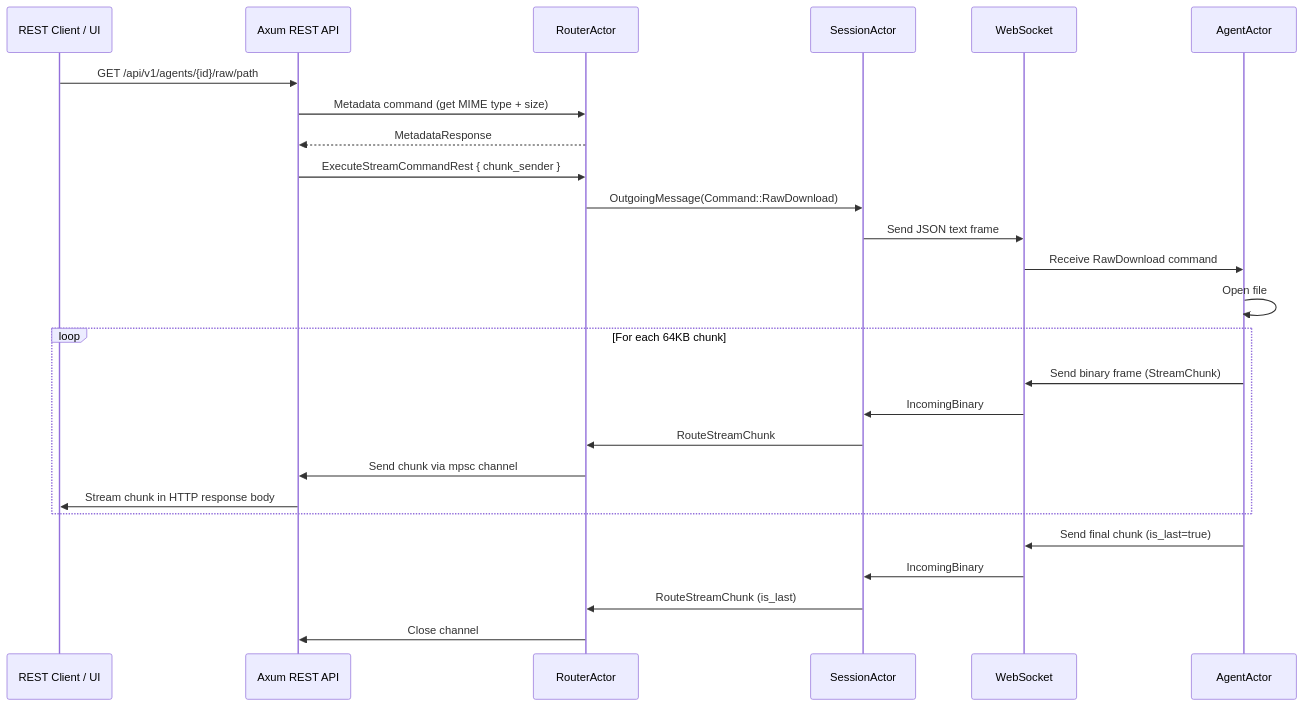
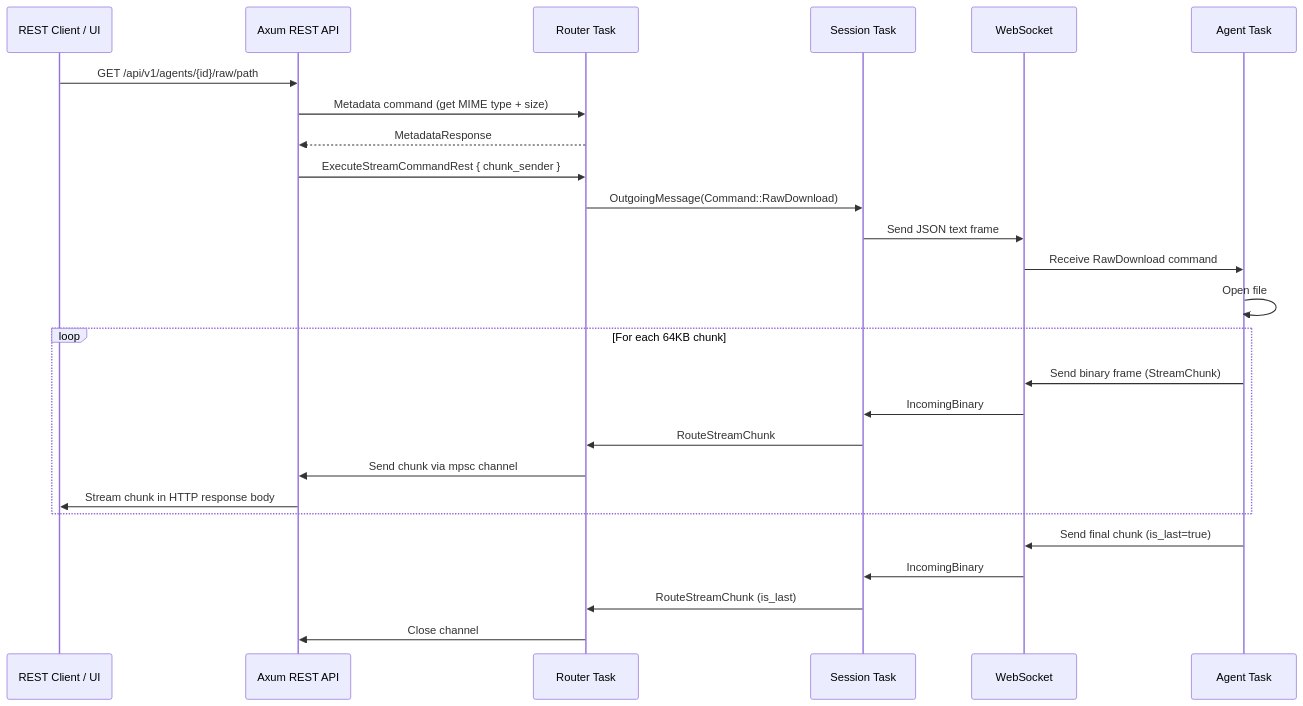
One commit to esamattis/redoor changed the third of 4 diagrams in README.md. Above: the diagram before and after it, drawn with Mermaid. The commit also changed other lines of this file and 27 other files, not shown here.

````diff
--- a/README.md
+++ b/README.md
@@ -91,31 +88,31 @@
 ```mermaid
 sequenceDiagram
     participant Client as REST Client / UI
     participant API as Axum REST API
-    participant Router as RouterActor
-    participant Session as SessionActor
+    participant Router as Router Task
+    participant Session as Session Task
     participant WS as WebSocket
-    participant Agent as AgentActor
+    participant Agent as Agent Task
 
     Client->>API: GET /api/v1/agents/{id}/raw/path
     API->>Router: Metadata command (get MIME type + size)
     Router-->>API: MetadataResponse
     API->>Router: ExecuteStreamCommandRest { chunk_sender }
     Router->>Session: OutgoingMessage(Command::RawDownload)
     Session->>WS: Send JSON text frame
     WS->>Agent: Receive RawDownload command
     Agent->>Agent: Open file
 
     loop For each 64KB chunk
         Agent->>WS: Send binary frame (StreamChunk)
         WS->>Session: IncomingBinary
         Session->>Router: RouteStreamChunk
         Router->>API: Send chunk via mpsc channel
         API->>Client: Stream chunk in HTTP response body
     end
 
     Agent->>WS: Send final chunk (is_last=true)
     WS->>Session: IncomingBinary
     Session->>Router: RouteStreamChunk (is_last)
     Router->>API: Close channel
 ```
````
